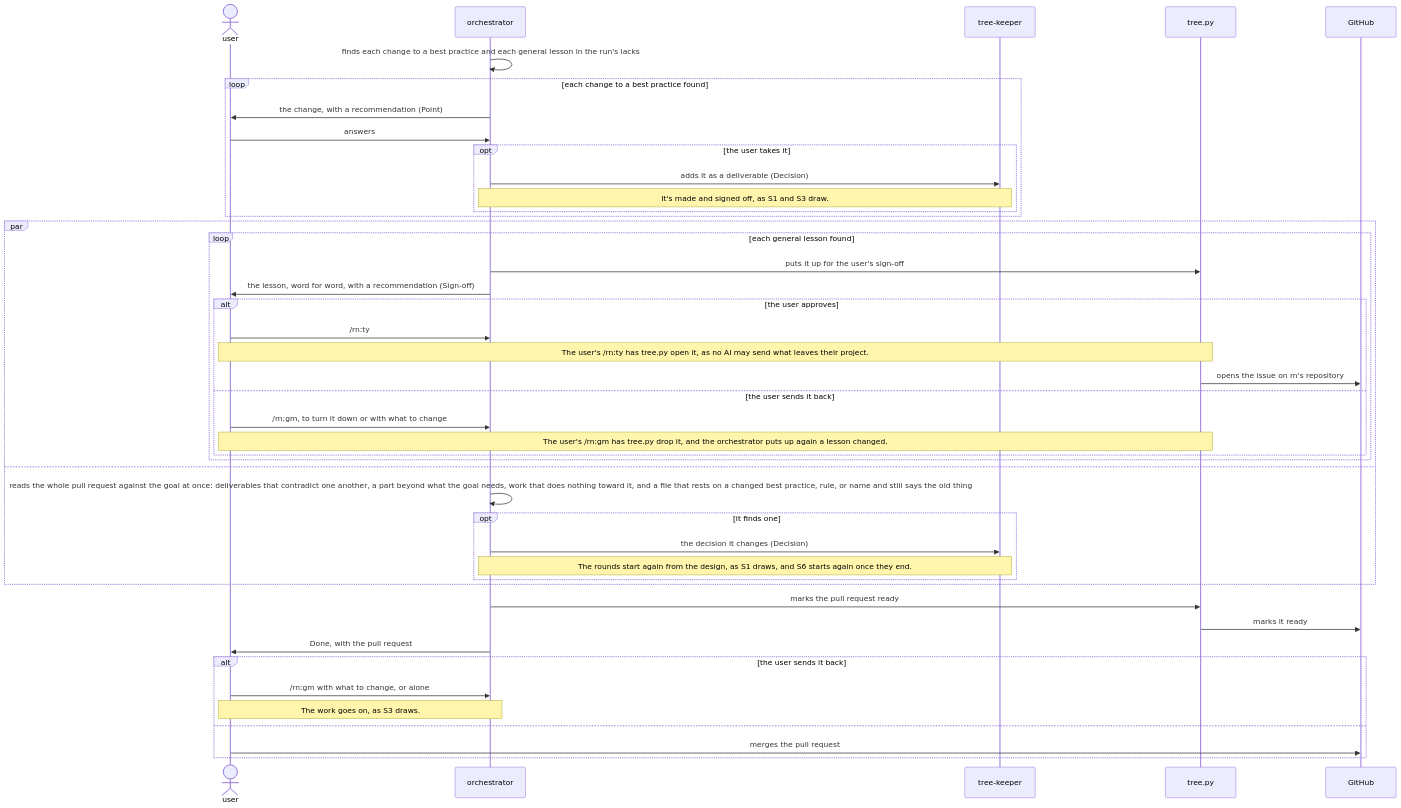
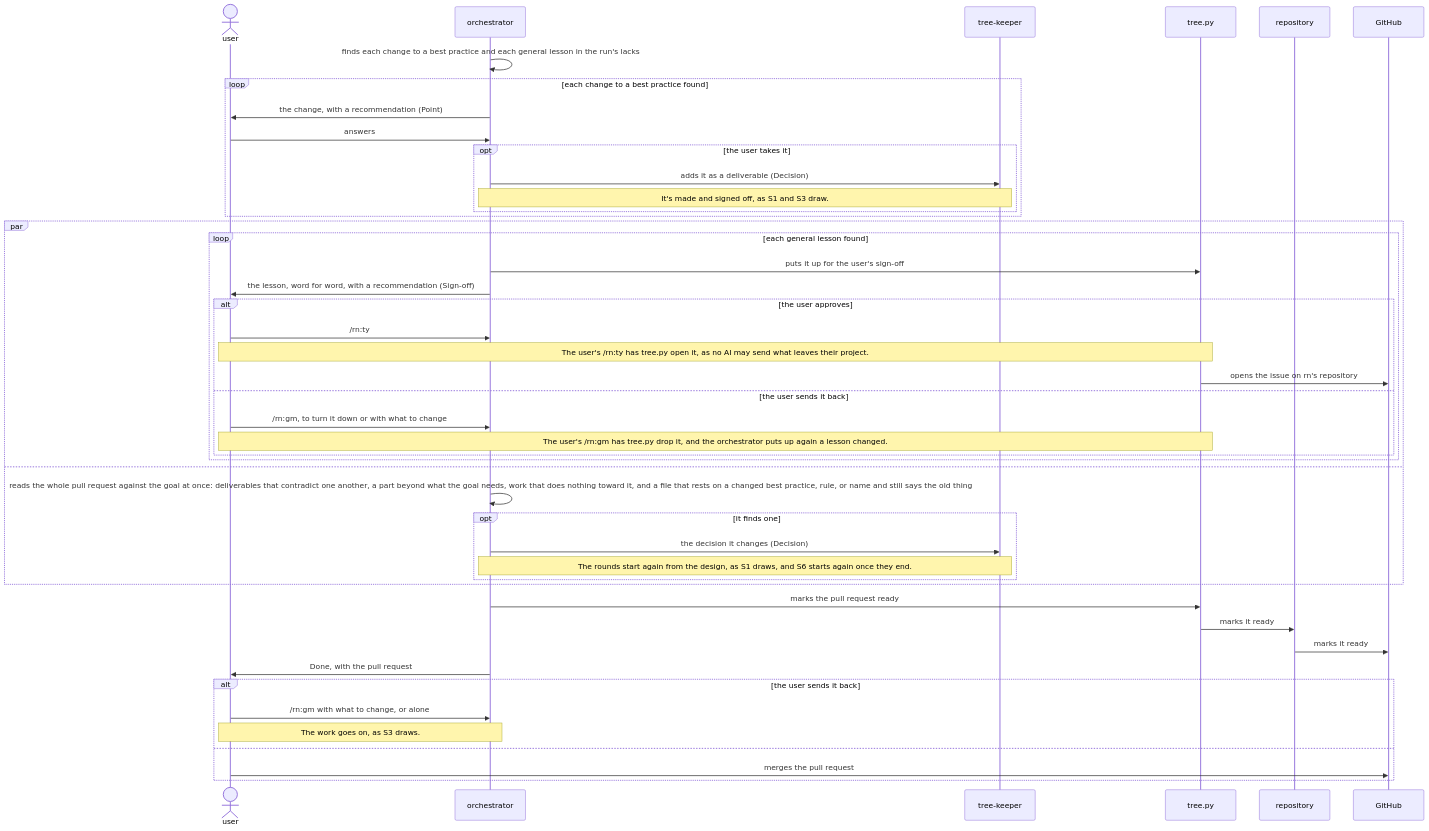
One commit to lovaizu/ccpm changed the sixth of 6 diagrams in dev/rn/architecture.md. Above: the diagram before and after it, drawn with Mermaid. The commit also changed other lines of this file and 48 other files, not shown here.

````diff
--- a/dev/rn/architecture.md
+++ b/dev/rn/architecture.md
@@ -369,46 +429,48 @@
 ```mermaid
 sequenceDiagram
   actor U as user
   participant O as orchestrator
   participant K as tree-keeper
   participant T as tree.py
+  participant RP as repository
   participant GH as GitHub
   O->>O: finds each change to a best practice and each general lesson in the run's lacks
   loop each change to a best practice found
     O->>U: the change, with a recommendation (Point)
     U->>O: answers
     opt the user takes it
       O->>K: adds it as a deliverable (Decision)
       Note over O,K: It's made and signed off, as S1 and S3 draw.
     end
   end
   par
     loop each general lesson found
       O->>T: puts it up for the user's sign-off
       O->>U: the lesson, word for word, with a recommendation (Sign-off)
       alt the user approves
         U->>O: /rn:ty
         Note over U,T: The user's /rn:ty has tree.py open it, as no AI may send what leaves their project.
         T->>GH: opens the issue on rn's repository
       else the user sends it back
         U->>O: /rn:gm, to turn it down or with what to change
         Note over U,T: The user's /rn:gm has tree.py drop it, and the orchestrator puts up again a lesson changed.
       end
     end
   and
     O->>O: reads the whole pull request against the goal at once: deliverables that contradict one another, a part beyond what the goal needs, work that does nothing toward it, and a file that rests on a changed best practice, rule, or name and still says the old thing
     opt it finds one
       O->>K: the decision it changes (Decision)
       Note over O,K: The rounds start again from the design, as S1 draws, and S6 starts again once they end.
     end
   end
   O->>T: marks the pull request ready
-  T->>GH: marks it ready
+  T->>RP: marks it ready
+  RP->>GH: marks it ready
   O->>U: Done, with the pull request
   alt the user sends it back
     U->>O: /rn:gm with what to change, or alone
     Note over U,O: The work goes on, as S3 draws.
   else
     U->>GH: merges the pull request
   end
 ```
````
